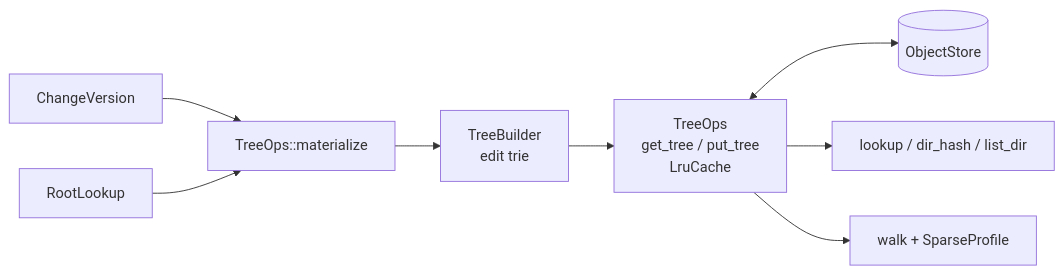
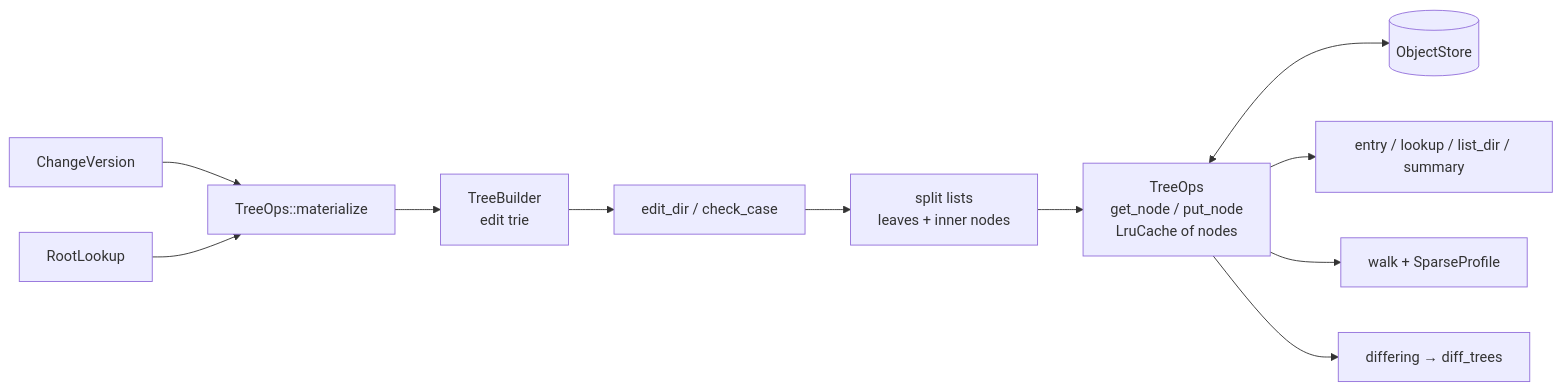
The diagram in architecture/03-core-algorithms/trees.md (envoy1084/rill), drawn with Mermaid before and after one commit. The commit also changed other lines of this file and 7 other files, not shown here.

````diff
--- a/architecture/03-core-algorithms/trees.md
+++ b/architecture/03-core-algorithms/trees.md
@@ -11,10 +15,13 @@
 ```mermaid
 flowchart LR
     CV[ChangeVersion] --> M[TreeOps::materialize]
     RL[RootLookup] --> M
     M --> TB[TreeBuilder<br/>edit trie]
-    TB --> OPS[TreeOps<br/>get_tree / put_tree<br/>LruCache]
+    TB --> ED[edit_dir / check_case]
+    ED --> SH[split lists<br/>leaves + inner nodes]
+    SH --> OPS[TreeOps<br/>get_node / put_node<br/>LruCache of nodes]
     OPS <--> OS[(ObjectStore)]
-    OPS --> LK[lookup / dir_hash / list_dir]
+    OPS --> LK[entry / lookup / list_dir / summary]
     OPS --> WK[walk + SparseProfile]
+    OPS --> DF[differing → diff_trees]
 ```
````
